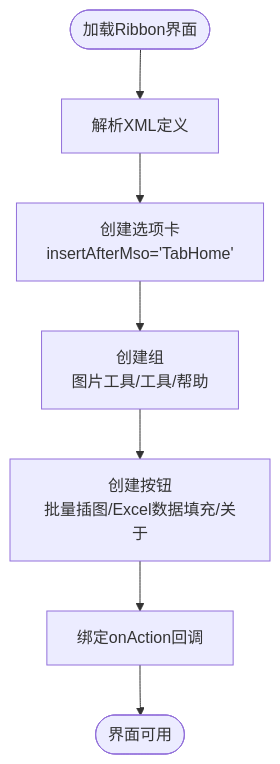
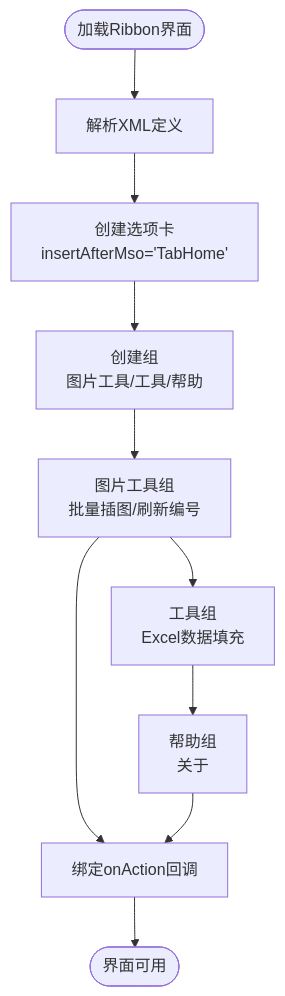
Before and after one commit to rainiva/WordTools: the third of 12 diagrams in .qoder/repowiki/zh/content/架构设计/Ribbon界面系统.md, drawn with Mermaid. The commit also changed other lines of this file and 12 other files, not shown here.

````diff
--- a/.qoder/repowiki/zh/content/架构设计/Ribbon界面系统.md
+++ b/.qoder/repowiki/zh/content/架构设计/Ribbon界面系统.md
@@ -120,9 +147,12 @@
 ```mermaid
 flowchart TD
 Start(["加载Ribbon界面"]) --> Parse["解析XML定义"]
 Parse --> Tabs["创建选项卡<br/>insertAfterMso='TabHome'"]
 Tabs --> Groups["创建组<br/>图片工具/工具/帮助"]
-Groups --> Buttons["创建按钮<br/>批量插图/Excel数据填充/关于"]
-Buttons --> Callbacks["绑定onAction回调"]
+Groups --> MainGroup["图片工具组<br/>批量插图/刷新编号"]
+MainGroup --> ToolsGroup["工具组<br/>Excel数据填充"]
+ToolsGroup --> HelpGroup["帮助组<br/>关于"]
+MainGroup --> Callbacks["绑定onAction回调"]
+HelpGroup --> Callbacks
 Callbacks --> End(["界面可用"])
 ```
````
